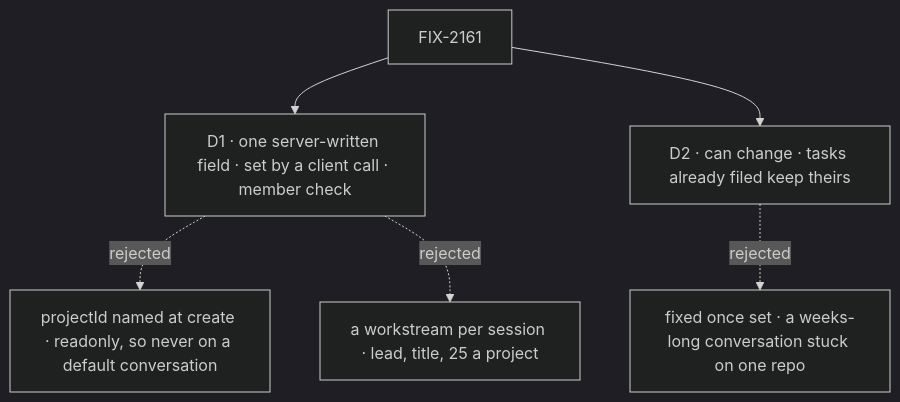
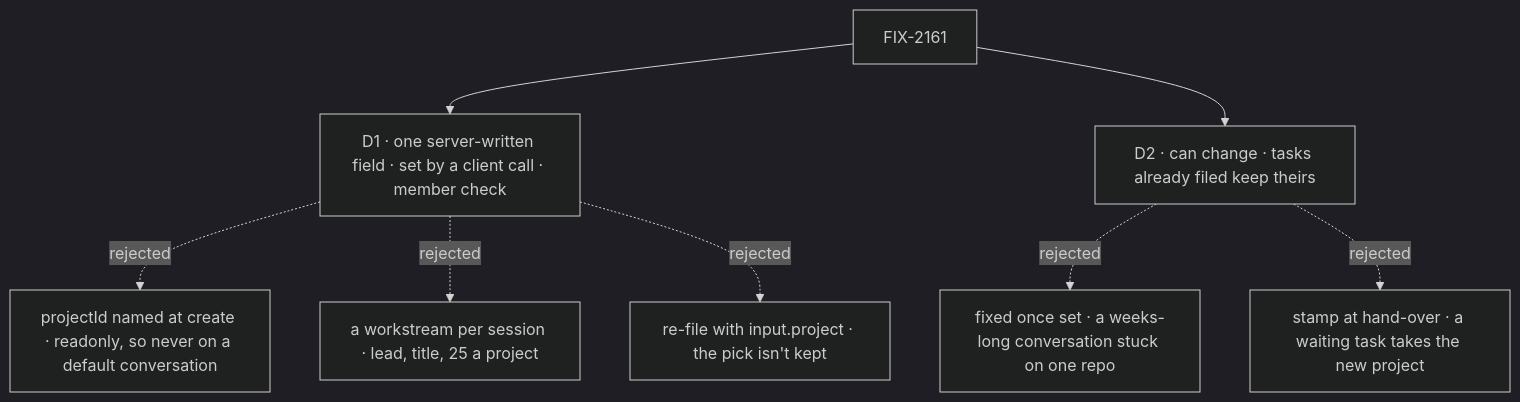
Before and after one commit to fixpoint-labs/flow-state-dev: the diagram in specs/issues/FIX-2161/DECISIONS.md, drawn with Mermaid (dark theme). The commit also changed other lines of this file and 2 other files, not shown here.

First line of the commit message:
spec(FIX-2161): a filed task keeps its project through a row stamp

````diff
--- a/specs/issues/FIX-2161/DECISIONS.md
+++ b/specs/issues/FIX-2161/DECISIONS.md
@@ -12,8 +12,10 @@
 ```mermaid
 flowchart TD
   I["FIX-2161"] --> D1["D1 · one server-written field · set by a client call · member check"]
   D1 -.->|"rejected"| X1["projectId named at create · readonly, so never on a default conversation"]
   D1 -.->|"rejected"| X2["a workstream per session · lead, title, 25 a project"]
+  D1 -.->|"rejected"| X4["re-file with input.project · the pick isn't kept"]
   I --> D2["D2 · can change · tasks already filed keep theirs"]
   D2 -.->|"rejected"| X3["fixed once set · a weeks-long conversation stuck on one repo"]
+  D2 -.->|"rejected"| X5["stamp at hand-over · a waiting task takes the new project"]
 ```
````
